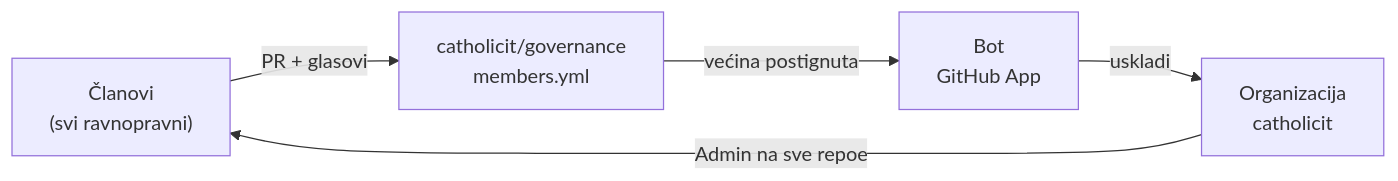
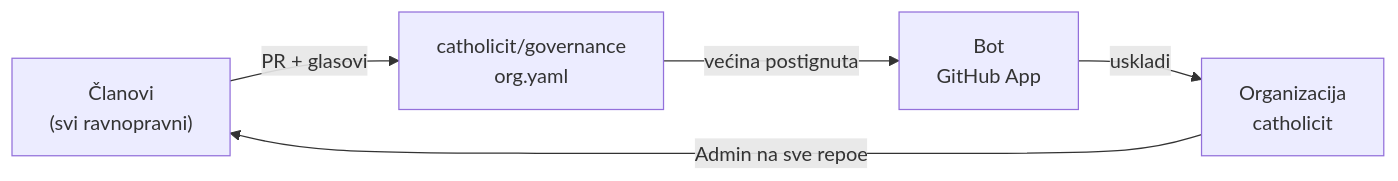
Before and after one commit to catholicit/governance: the first of 14 diagrams in docs/arhitektura.md, drawn with Mermaid. The commit also changed other lines of this file and 11 other files, not shown here.

````diff
--- a/docs/arhitektura.md
+++ b/docs/arhitektura.md
@@ -31,7 +31,7 @@
 ```mermaid
 flowchart LR
-    C["Članovi<br/>(svi ravnopravni)"] -- "PR + glasovi" --> G["catholicit/governance<br/>members.yml"]
+    C["Članovi<br/>(svi ravnopravni)"] -- "PR + glasovi" --> G["catholicit/governance<br/>org.yaml"]
     G -- "većina postignuta" --> B["Bot<br/>GitHub App"]
     B -- "uskladi" --> O["Organizacija<br/>catholicit"]
     O -- "Admin na sve repoe" --> C
 ```
````
